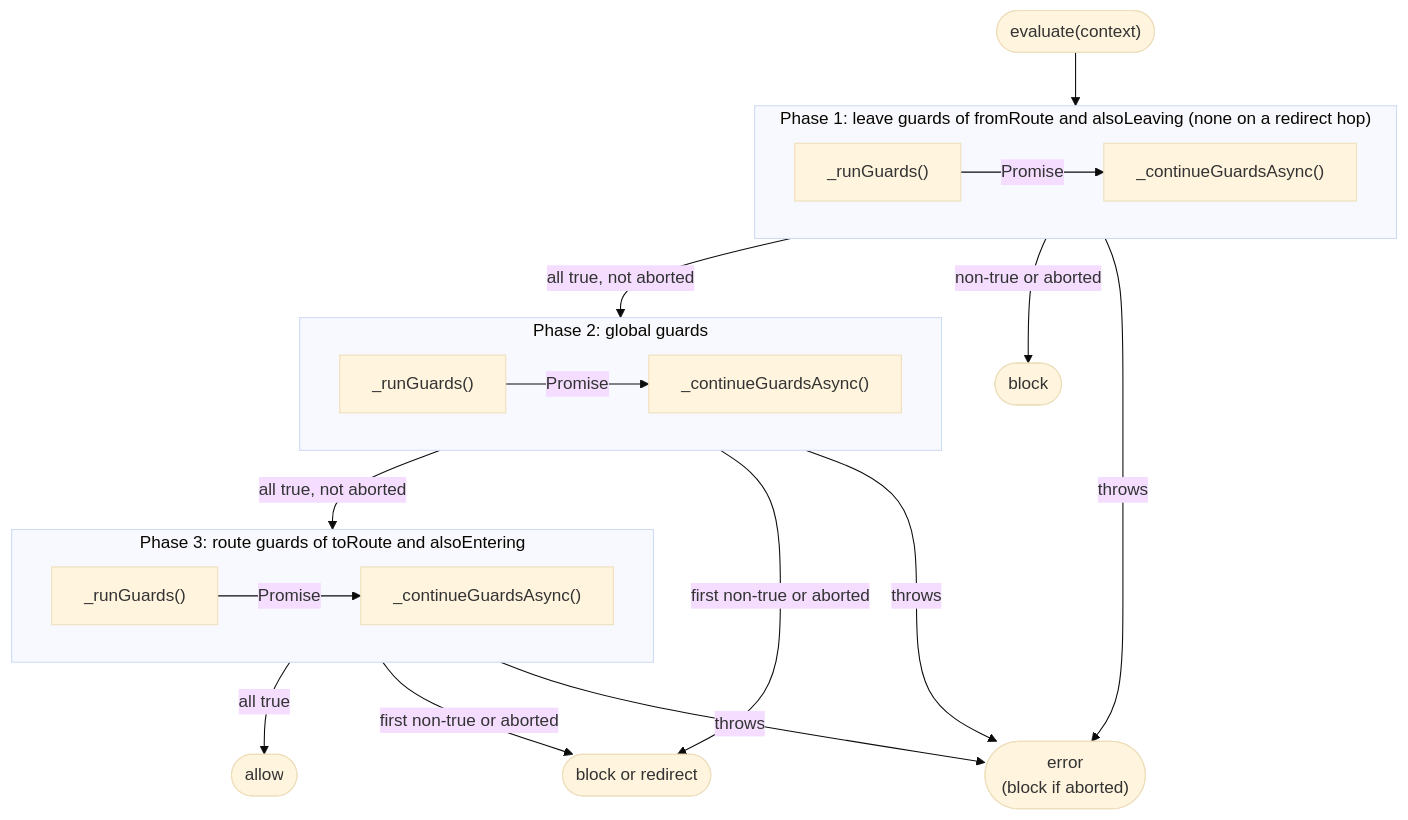
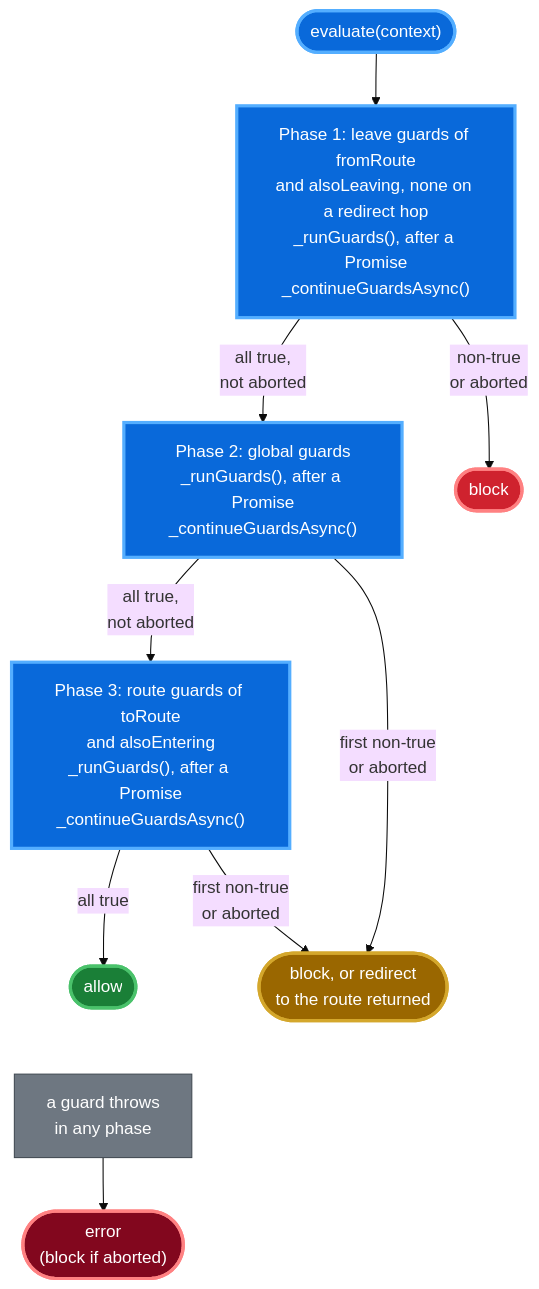
The fifth of 12 diagrams in docs/reference/architecture.md (wridgeu/ui5-lib-guard-router), drawn with Mermaid (base theme) before and after one commit. The commit also changed other lines of this file and 4 other files, not shown here.

First line of the commit message:
docs: give every diagram the one palette and a legend

````diff
--- a/docs/reference/architecture.md
+++ b/docs/reference/architecture.md
@@ -609,28 +638,27 @@
 ```mermaid
 flowchart TD
-    start(["evaluate(context)"]) --> phase1
+    start(["evaluate(context)"]) --> p1["Phase 1: leave guards of fromRoute<br/>and alsoLeaving, none on a redirect hop<br/>_runGuards(), after a Promise<br/>_continueGuardsAsync()"]
+    p1 -- "all true,<br/>not aborted" --> p2["Phase 2: global guards<br/>_runGuards(), after a Promise<br/>_continueGuardsAsync()"]
+    p2 -- "all true,<br/>not aborted" --> p3["Phase 3: route guards of toRoute<br/>and alsoEntering<br/>_runGuards(), after a Promise<br/>_continueGuardsAsync()"]
+    p3 -- "all true" --> allow(["allow"])
 
-    subgraph phase1 ["Phase 1: leave guards of fromRoute and alsoLeaving (none on a redirect hop)"]
-        direction LR
-        lrun["_runGuards()"] -- "Promise" --> lfin["_continueGuardsAsync()"]
-    end
+    p1 -- "non-true<br/>or aborted" --> block(["block"])
+    p2 -- "first non-true<br/>or aborted" --> result(["block, or redirect<br/>to the route returned"])
+    p3 -- "first non-true<br/>or aborted" --> result
 
-    subgraph phase2 ["Phase 2: global guards"]
-        direction LR
-        grun["_runGuards()"] -- "Promise" --> gfin["_continueGuardsAsync()"]
-    end
+    allow ~~~ throws["a guard throws<br/>in any phase"]
+    throws --> error(["error<br/>(block if aborted)"])
 
-    subgraph phase3 ["Phase 3: route guards of toRoute and alsoEntering"]
-        direction LR
-        rrun["_runGuards()"] -- "Promise" --> rfin["_continueGuardsAsync()"]
-    end
-
-    phase1 -- "all true, not aborted" --> phase2
-    phase2 -- "all true, not aborted" --> phase3
-    phase3 -- "all true" --> allow(["allow"])
-
-    phase1 -- "non-true or aborted" --> block(["block"])
-    phase2 -- "first non-true or aborted" --> result(["block or redirect"])
-    phase3 -- "first non-true or aborted" --> result
-    phase1 & phase2 & phase3 -- "throws" --> error(["error<br/>(block if aborted)"])
+    classDef native fill:#6e7781,stroke:#424a53,color:#ffffff
+    classDef added fill:#0969da,stroke:#54aeff,stroke-width:3px,color:#ffffff
+    classDef commit fill:#1a7f37,stroke:#4ac26b,stroke-width:3px,color:#ffffff
+    classDef redirect fill:#9a6700,stroke:#d4a72c,stroke-width:3px,color:#ffffff
+    classDef block fill:#cf222e,stroke:#ff8182,stroke-width:3px,color:#ffffff
+    classDef error fill:#82071e,stroke:#ff8182,stroke-width:3px,color:#ffffff
+    class throws native
+    class start,p1,p2,p3 added
+    class allow commit
+    class result redirect
+    class block block
+    class error error
 ```
````
